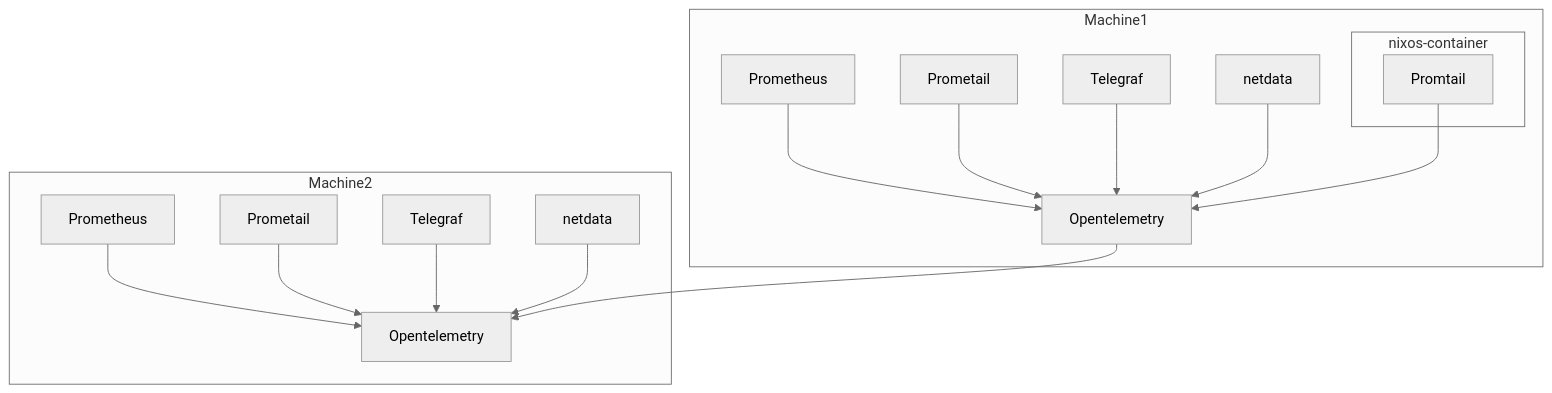
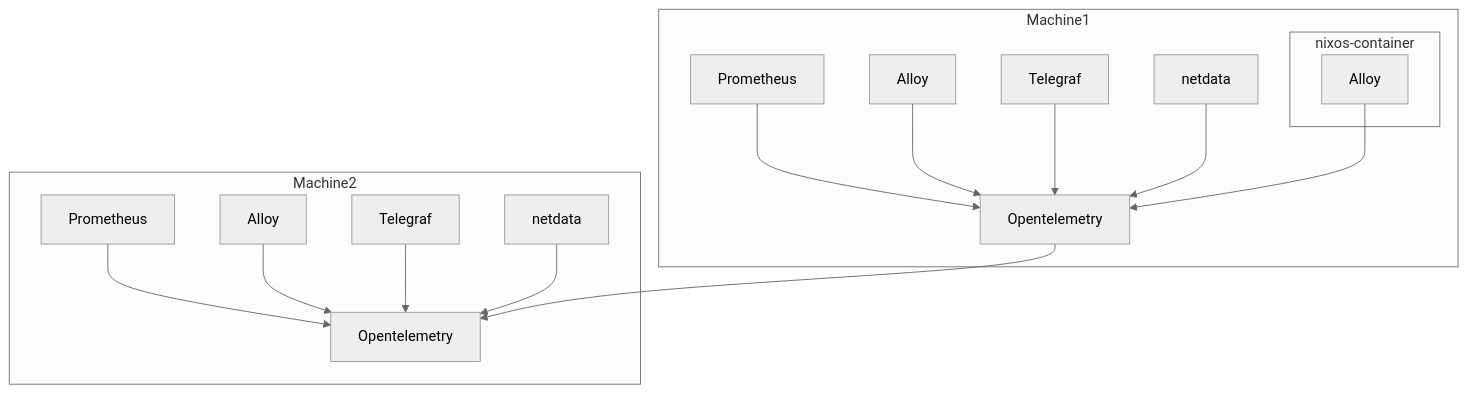
Before and after one commit to mrVanDalo/nixos-telemetry: the diagram in README.md, drawn with Mermaid (neutral theme). The commit also changed other lines of this file and 13 other files, not shown here.

````diff
--- a/README.md
+++ b/README.md
@@ -14,24 +11,24 @@
 ```mermaid
 graph TD;
     subgraph Machine1
         Opentelemetry1["Opentelemetry"]
         Prometheus1["Prometheus"] --> Opentelemetry1
-        Prometail1["Prometail"] --> Opentelemetry1
+        Alloy1["Alloy"] --> Opentelemetry1
         Telegraf1["Telegraf"] --> Opentelemetry1
         netdata1["netdata"] --> Opentelemetry1
         subgraph nixos-container
-            Promtail3["Promtail"]
+            Alloy3["Alloy"]
         end
-        Promtail3 --> Opentelemetry1
+        Alloy3 --> Opentelemetry1
     end
 
     subgraph Machine2
         Opentelemetry2["Opentelemetry"]
         Prometheus2["Prometheus"] --> Opentelemetry2
-        Prometail2["Prometail"] --> Opentelemetry2
+        Alloy2["Alloy"] --> Opentelemetry2
         Telegraf2["Telegraf"] --> Opentelemetry2
         netdata2["netdata"] --> Opentelemetry2
     end
 
     Opentelemetry1 --> Opentelemetry2
 ```
````
